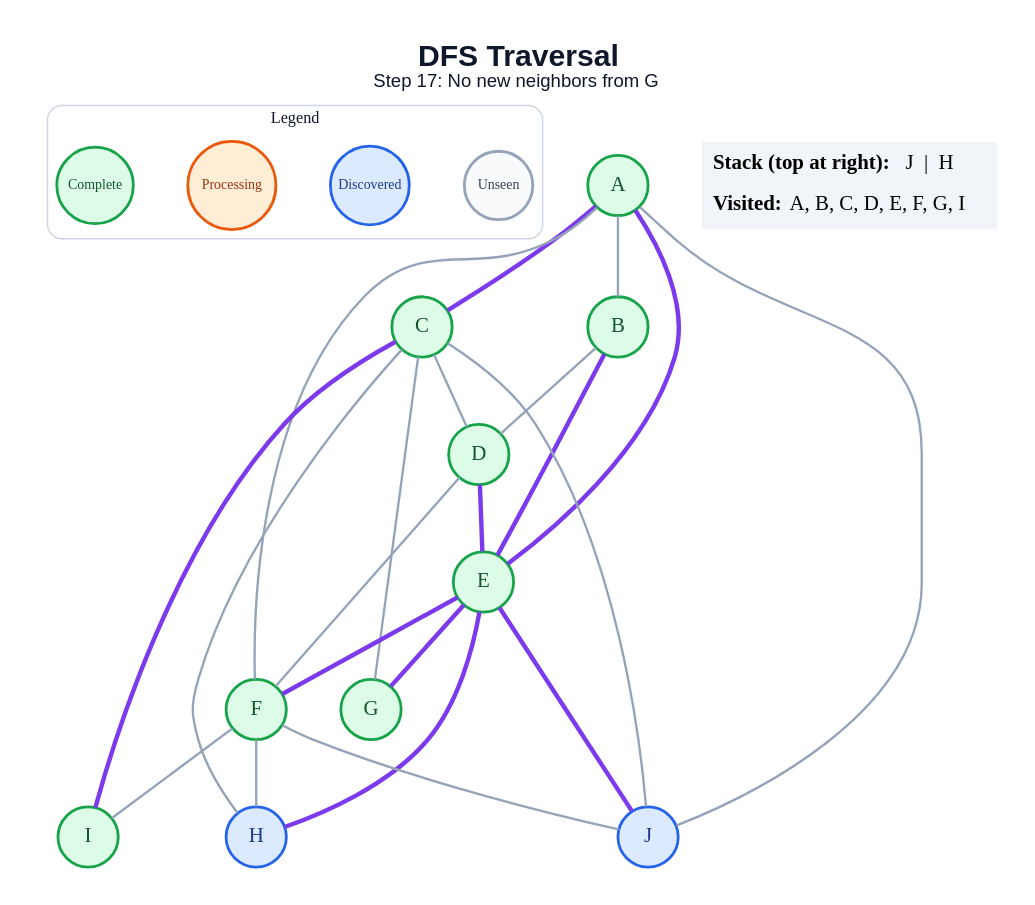
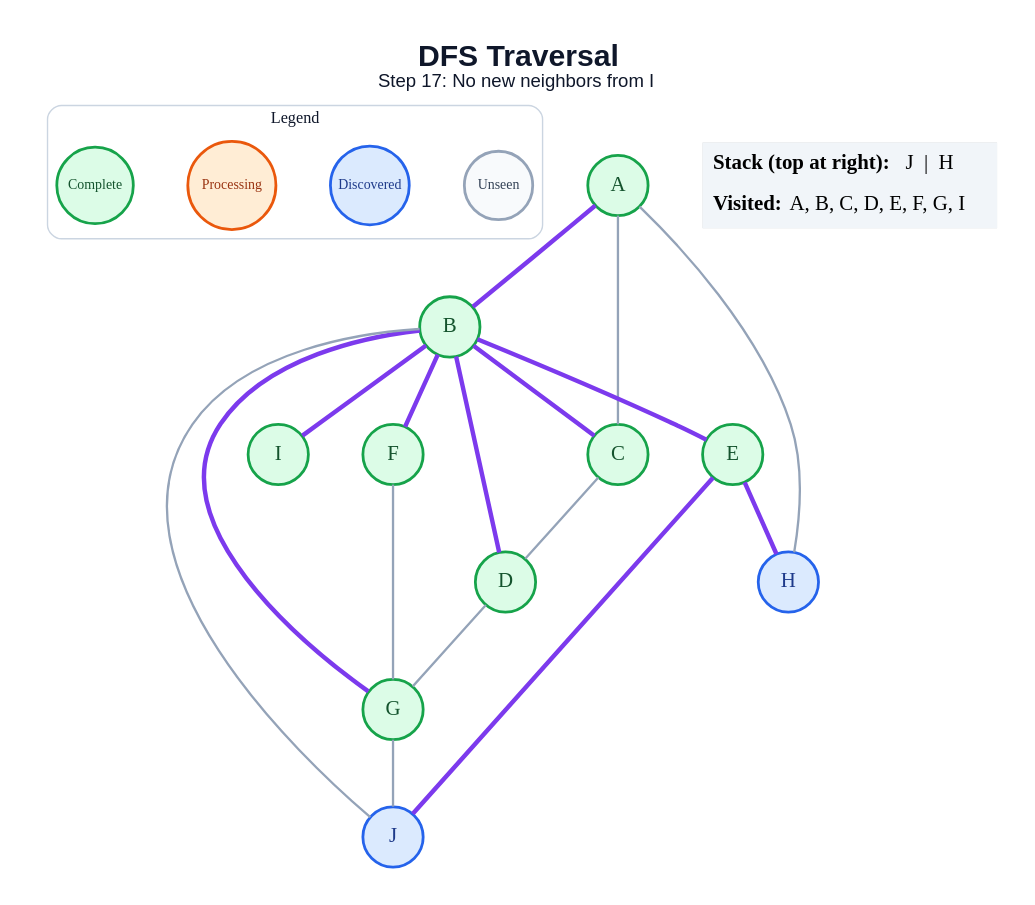
One commit to amanghodawala9/ai-slop changed the diagram in generated/specific-node/dfs/step_17.dot. Above: the diagram before and after it, drawn with Graphviz. The commit also changed 178 other files, not shown here.

```diff
--- a/generated/specific-node/dfs/step_17.dot
+++ b/generated/specific-node/dfs/step_17.dot
@@ -1,50 +1,45 @@
 graph traversal {
   graph [layout=dot, rankdir=TB, bgcolor="#FFFFFF", pad="0.35", nodesep="0.65", ranksep="0.8", fontname="Arial"];
   node [shape=circle, style="filled", fontname="Arial Bold", fontsize=18, width=0.72, fixedsize=true, penwidth=2.4];
   edge [color="#94A3B8", penwidth=2.0];
-  label=<<B>DFS Traversal</B><BR/><FONT POINT-SIZE="16">Step 17: No new neighbors from G</FONT>>; labelloc="t"; fontsize=26; fontname="Arial"; fontcolor="#0F172A";
+  label=<<B>DFS Traversal</B><BR/><FONT POINT-SIZE="16">Step 17: No new neighbors from I</FONT>>; labelloc="t"; fontsize=26; fontname="Arial"; fontcolor="#0F172A";
   subgraph cluster_legend { label="Legend"; color="#CBD5E1"; penwidth=1.2; style="rounded"; fontsize=14; fontname="Arial Bold";
     key_unseen [label="Unseen", fillcolor="#F8FAFC", color="#94A3B8", fontcolor="#334155", fontsize=12, width=0.82];
     key_frontier [label="Discovered", fillcolor="#DBEAFE", color="#2563EB", fontcolor="#1E3A8A", fontsize=12, width=0.95];
     key_current [label="Processing", fillcolor="#FFEDD5", color="#EA580C", fontcolor="#9A3412", fontsize=12, width=1.05];
     key_done [label="Complete", fillcolor="#DCFCE7", color="#16A34A", fontcolor="#14532D", fontsize=12, width=0.92];
     { rank=same; key_unseen; key_frontier; key_current; key_done; }
   }
   A [fillcolor="#DCFCE7", color="#16A34A", fontcolor="#14532D"];
   B [fillcolor="#DCFCE7", color="#16A34A", fontcolor="#14532D"];
   C [fillcolor="#DCFCE7", color="#16A34A", fontcolor="#14532D"];
   D [fillcolor="#DCFCE7", color="#16A34A", fontcolor="#14532D"];
   E [fillcolor="#DCFCE7", color="#16A34A", fontcolor="#14532D"];
   F [fillcolor="#DCFCE7", color="#16A34A", fontcolor="#14532D"];
   G [fillcolor="#DCFCE7", color="#16A34A", fontcolor="#14532D"];
   H [fillcolor="#DBEAFE", color="#2563EB", fontcolor="#1E3A8A"];
   I [fillcolor="#DCFCE7", color="#16A34A", fontcolor="#14532D"];
   J [fillcolor="#DBEAFE", color="#2563EB", fontcolor="#1E3A8A"];
-  A -- B;
-  A -- C [color="#7C3AED", penwidth=3.8];
-  A -- E [color="#7C3AED", penwidth=3.8];
-  A -- F;
-  A -- J;
-  B -- D;
+  A -- B [color="#7C3AED", penwidth=3.8];
+  A -- C;
+  A -- H;
+  B -- C [color="#7C3AED", penwidth=3.8];
+  B -- D [color="#7C3AED", penwidth=3.8];
   B -- E [color="#7C3AED", penwidth=3.8];
+  B -- F [color="#7C3AED", penwidth=3.8];
+  B -- G [color="#7C3AED", penwidth=3.8];
+  B -- I [color="#7C3AED", penwidth=3.8];
+  B -- J;
   C -- D;
-  C -- G;
-  C -- H;
-  C -- I [color="#7C3AED", penwidth=3.8];
-  C -- J;
-  D -- E [color="#7C3AED", penwidth=3.8];
-  D -- F;
-  E -- F [color="#7C3AED", penwidth=3.8];
-  E -- G [color="#7C3AED", penwidth=3.8];
+  D -- G;
   E -- H [color="#7C3AED", penwidth=3.8];
   E -- J [color="#7C3AED", penwidth=3.8];
-  F -- H;
-  F -- I;
-  F -- J;
+  F -- G;
+  G -- J;
   status [shape=plain, fixedsize=false, width=0, height=0, margin=0, label=<
     <TABLE BORDER="0" CELLBORDER="0" CELLPADDING="7" BGCOLOR="#F1F5F9">
       <TR><TD ALIGN="LEFT"><B>Stack (top at right):</B> J  |  H</TD></TR>
       <TR><TD ALIGN="LEFT"><B>Visited:</B> A, B, C, D, E, F, G, I</TD></TR>
     </TABLE>
   >];
 }
```
